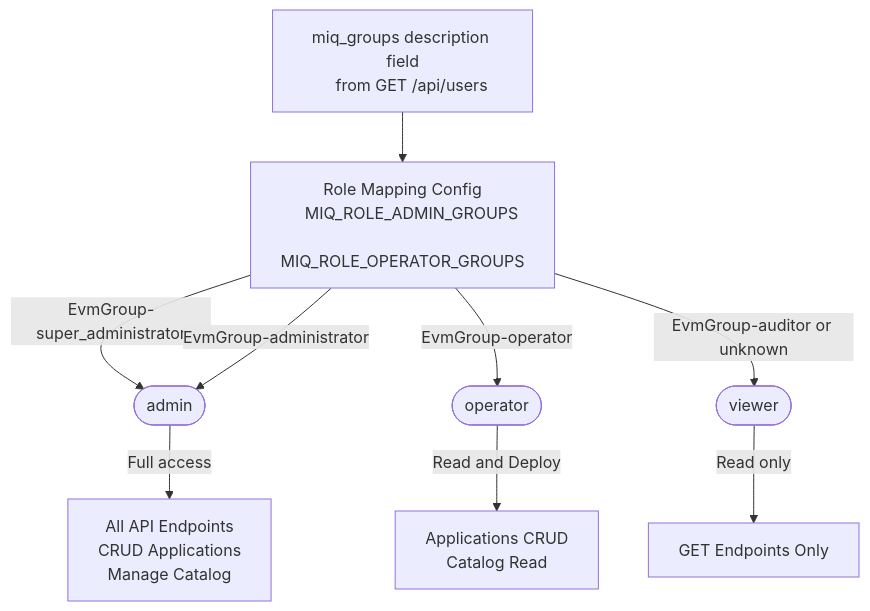
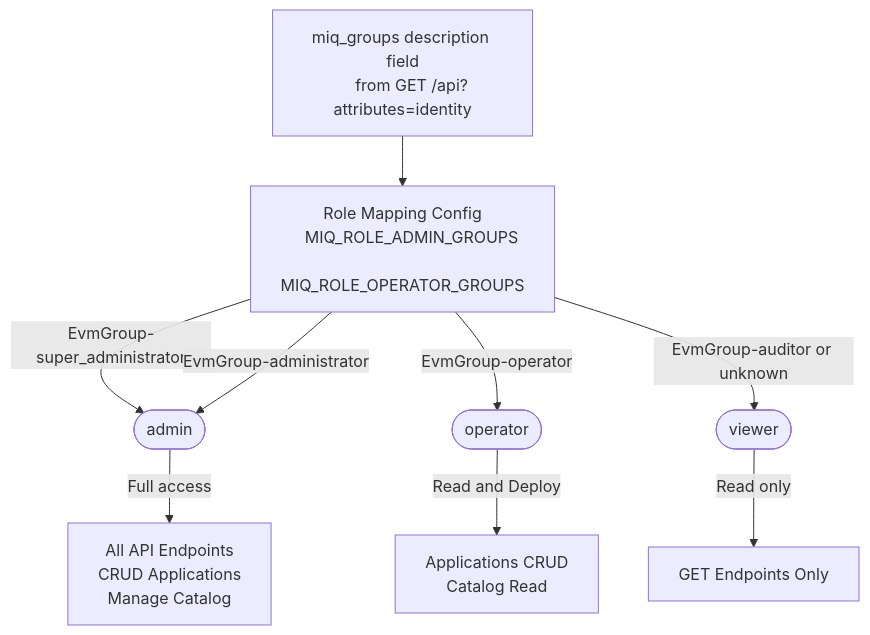
One commit to IBM/project-ai-services changed the sixth of 6 diagrams in docs/proposals/manageiq-authn-authz-plan.md. Above: the diagram before and after it, drawn with Mermaid. The commit also changed other lines of this file and 5 other files, not shown here.

````diff
--- a/docs/proposals/manageiq-authn-authz-plan.md
+++ b/docs/proposals/manageiq-authn-authz-plan.md
@@ -184,19 +150,19 @@
 ```mermaid
 graph TD
     MIQRoles["miq_groups description field
-    from GET /api/users"] --> Mapping["Role Mapping Config
+    from GET /api?attributes=identity"] --> Mapping["Role Mapping Config
     MIQ_ROLE_ADMIN_GROUPS
     MIQ_ROLE_OPERATOR_GROUPS"]
 
     Mapping -->|EvmGroup-super_administrator| AdminRole([admin])
     Mapping -->|EvmGroup-administrator| AdminRole
     Mapping -->|EvmGroup-operator| OperatorRole([operator])
     Mapping -->|EvmGroup-auditor or unknown| ViewerRole([viewer])
 
     AdminRole -->|Full access| AllEndpoints["All API Endpoints
     CRUD Applications
     Manage Catalog"]
     OperatorRole -->|Read and Deploy| DeployEndpoints["Applications CRUD
     Catalog Read"]
     ViewerRole -->|Read only| ReadEndpoints["GET Endpoints Only"]
 ```
````
